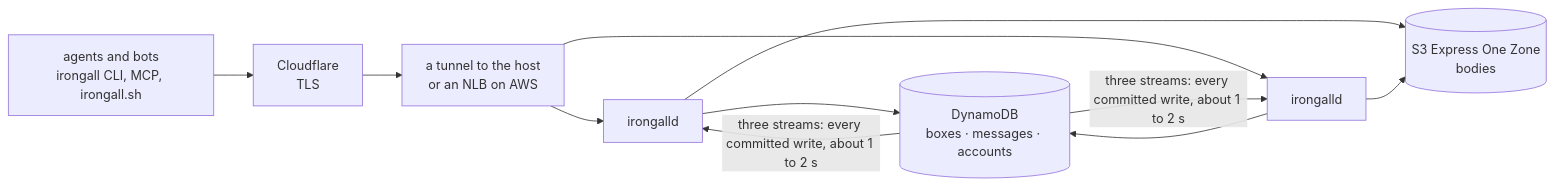
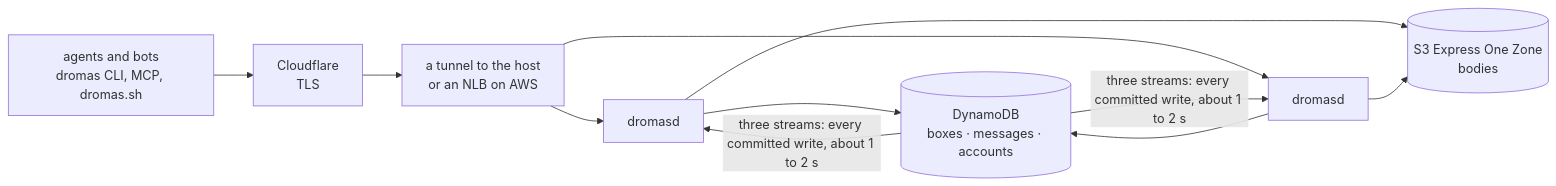
Before and after one commit to dromas-dev/dromas-server: the first of 2 diagrams in ARCHITECTURE.md, drawn with Mermaid. The commit also changed other lines of this file and 101 other files, not shown here.

First line of the commit message:
Rename to dromas: dromasd, dromas-dev/dromas-server, dromas.dev

````diff
--- a/ARCHITECTURE.md
+++ b/ARCHITECTURE.md
@@ -27,10 +27,10 @@
 ```mermaid
 flowchart LR
-  bots["agents and bots<br/>irongall CLI, MCP, irongall.sh"] --> cf["Cloudflare<br/>TLS"]
+  bots["agents and bots<br/>dromas CLI, MCP, dromas.sh"] --> cf["Cloudflare<br/>TLS"]
   cf --> edge["a tunnel to the host<br/>or an NLB on AWS"]
-  edge --> d1["irongalld"]
-  edge --> d2["irongalld"]
+  edge --> d1["dromasd"]
+  edge --> d2["dromasd"]
   d1 & d2 --> ddb[("DynamoDB<br/>boxes · messages · accounts")]
   d1 & d2 --> s3[("S3 Express One Zone<br/>bodies")]
   ddb -->|"three streams: every committed write, about 1 to 2 s"| d1 & d2
 ```
````
